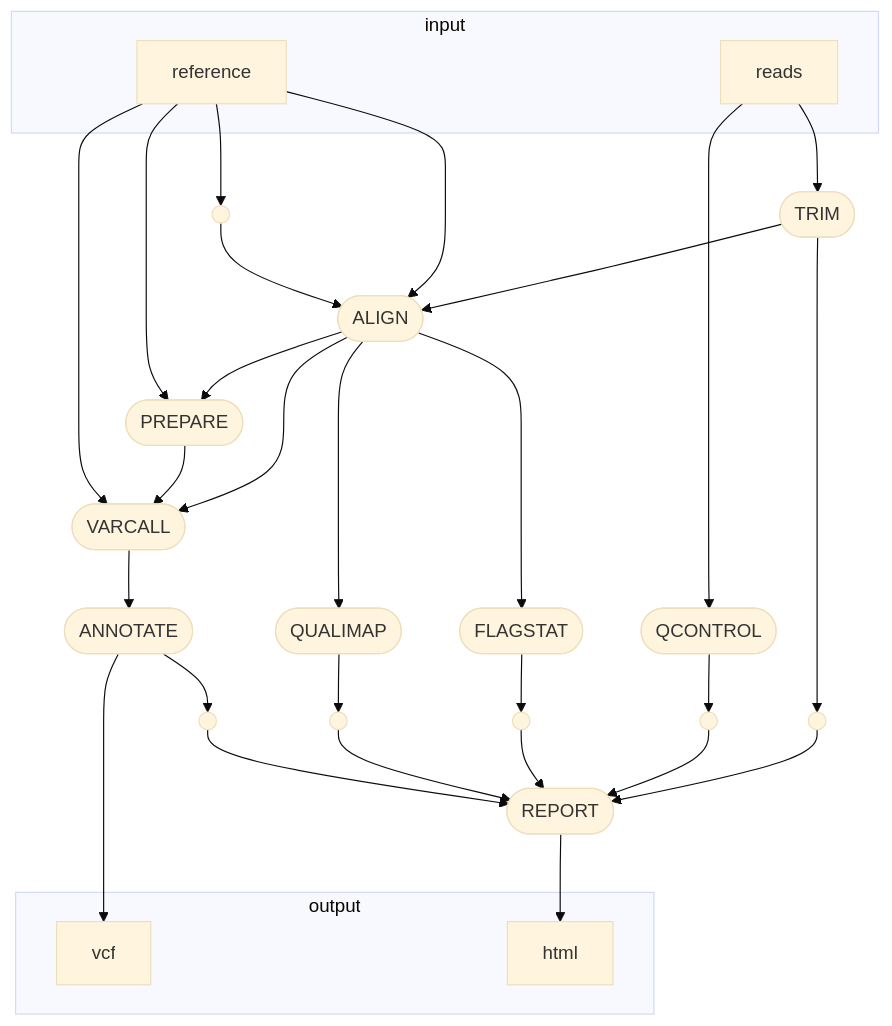
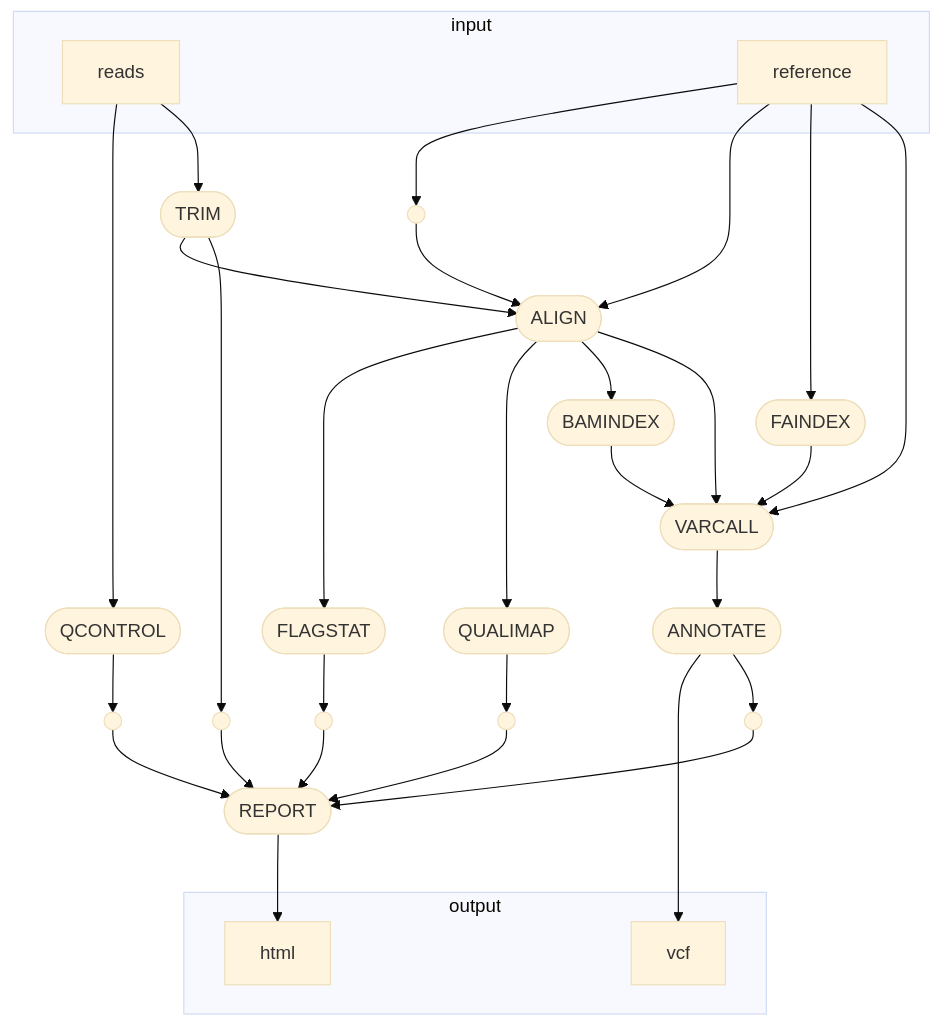
The diagram in README.md (glebus-sasha/deepvariant_nf), drawn with Mermaid before and after one commit.

````diff
--- a/README.md
+++ b/README.md
@@ -5,53 +5,55 @@
 ```mermaid
 %%{init: {'theme':'base'}}%%
 flowchart TB
     subgraph "input"
     v0["reads"]
     v1["reference"]
     end
     v3([QCONTROL])
     subgraph "output"
     v18["vcf"]
     v25["html"]
     end
     v5([TRIM])
     v8([ALIGN])
     v9([FLAGSTAT])
     v10([QUALIMAP])
-    v12([PREPARE])
+    v12([FAINDEX])
+    v13([BAMINDEX])
     v14([VARCALL])
     v17([ANNOTATE])
     v24([REPORT])
     v2(( ))
     v19(( ))
     v20(( ))
     v21(( ))
     v22(( ))
     v23(( ))
     v0 --> v3
     v0 --> v5
     v1 --> v2
     v3 --> v20
     v5 --> v8
     v5 --> v19
     v1 --> v8
     v2 --> v8
     v8 --> v9
     v8 --> v10
-    v8 --> v12
+    v8 --> v13
     v8 --> v14
     v9 --> v21
     v10 --> v22
     v1 --> v12
     v12 --> v14
+    v13 --> v14
     v1 --> v14
     v14 --> v17
     v17 --> v18
     v17 --> v23
     v19 --> v24
     v20 --> v24
     v21 --> v24
     v22 --> v24
     v23 --> v24
     v24 --> v25
 ```
````
